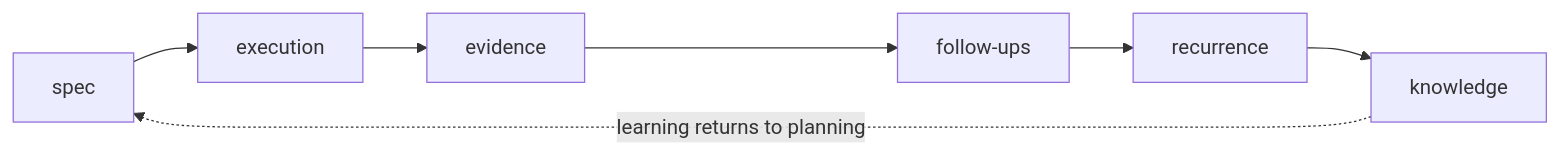
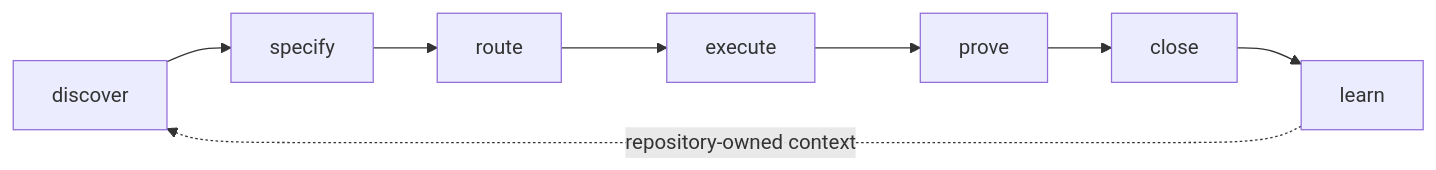
Before and after one commit to oseiaspereira88/pose: the first of 2 diagrams in README.md, drawn with Mermaid. The commit also changed other lines of this file and 17 other files, not shown here.

````diff
--- a/README.md
+++ b/README.md
@@ -24,7 +27,7 @@
 ```mermaid
 
 flowchart LR
-  S[spec] --> E[execution] --> V[evidence] --> F[follow-ups] --> R[recurrence] --> K[knowledge]
-  K -. learning returns to planning .-> S
+  D[discover] --> S[specify] --> R[route] --> E[execute] --> P[prove] --> C[close] --> L[learn]
+  L -. repository-owned context .-> D
 
 ```
````
